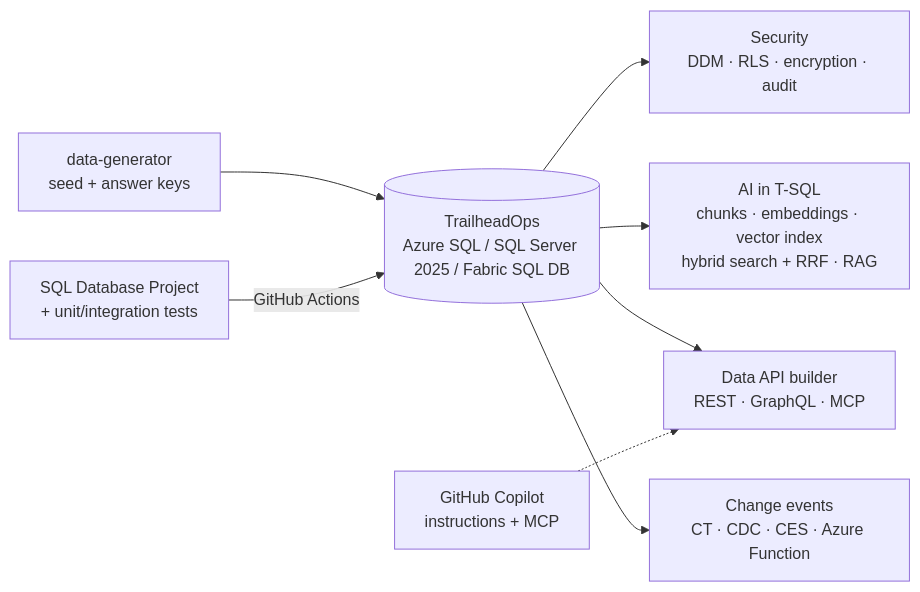
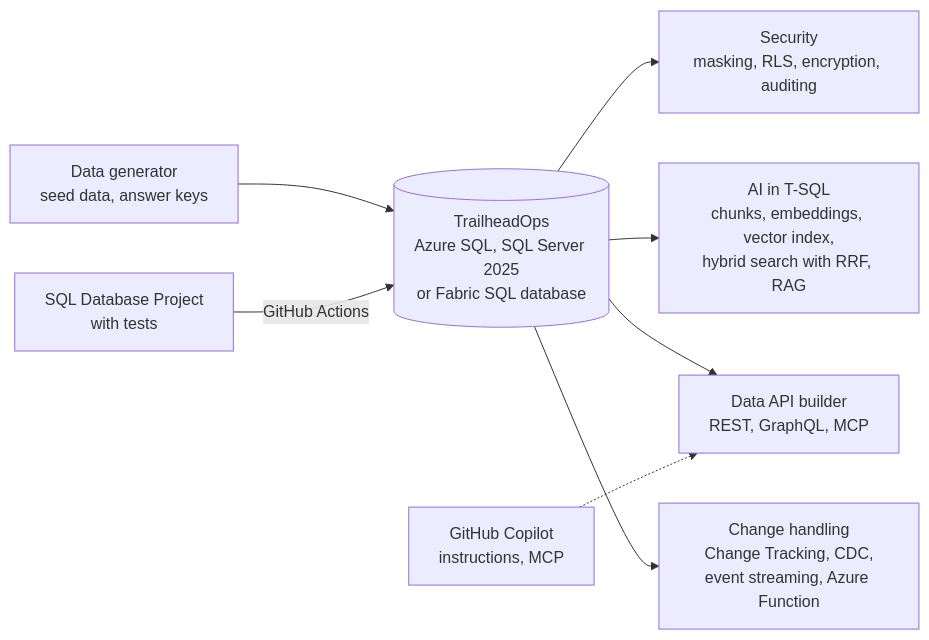
Before and after one commit to sommya-s/azure-sql-ai-developer: the diagram in README.md, drawn with Mermaid. The commit also changed other lines of this file, not shown here.

````diff
--- a/README.md
+++ b/README.md
@@ -21,10 +15,10 @@
 ```mermaid
 flowchart LR
-    GEN[data-generator<br/>seed + answer keys] --> DB[(TrailheadOps<br/>Azure SQL / SQL Server 2025 / Fabric SQL DB)]
-    DB --> SEC[Security<br/>DDM · RLS · encryption · audit]
-    DB --> AI[AI in T-SQL<br/>chunks · embeddings · vector index<br/>hybrid search + RRF · RAG]
-    DB --> DAB[Data API builder<br/>REST · GraphQL · MCP]
-    DB --> CHG[Change events<br/>CT · CDC · CES · Azure Function]
-    PROJ[SQL Database Project<br/>+ unit/integration tests] -- GitHub Actions --> DB
-    COP[GitHub Copilot<br/>instructions + MCP] -.-> DAB
+    GEN[Data generator<br/>seed data, answer keys] --> DB[(TrailheadOps<br/>Azure SQL, SQL Server 2025<br/>or Fabric SQL database)]
+    DB --> SEC[Security<br/>masking, RLS, encryption, auditing]
+    DB --> AI[AI in T-SQL<br/>chunks, embeddings, vector index,<br/>hybrid search with RRF, RAG]
+    DB --> DAB[Data API builder<br/>REST, GraphQL, MCP]
+    DB --> CHG[Change handling<br/>Change Tracking, CDC,<br/>event streaming, Azure Function]
+    PROJ[SQL Database Project<br/>with tests] -- GitHub Actions --> DB
+    COP[GitHub Copilot<br/>instructions, MCP] -.-> DAB
 ```
````
